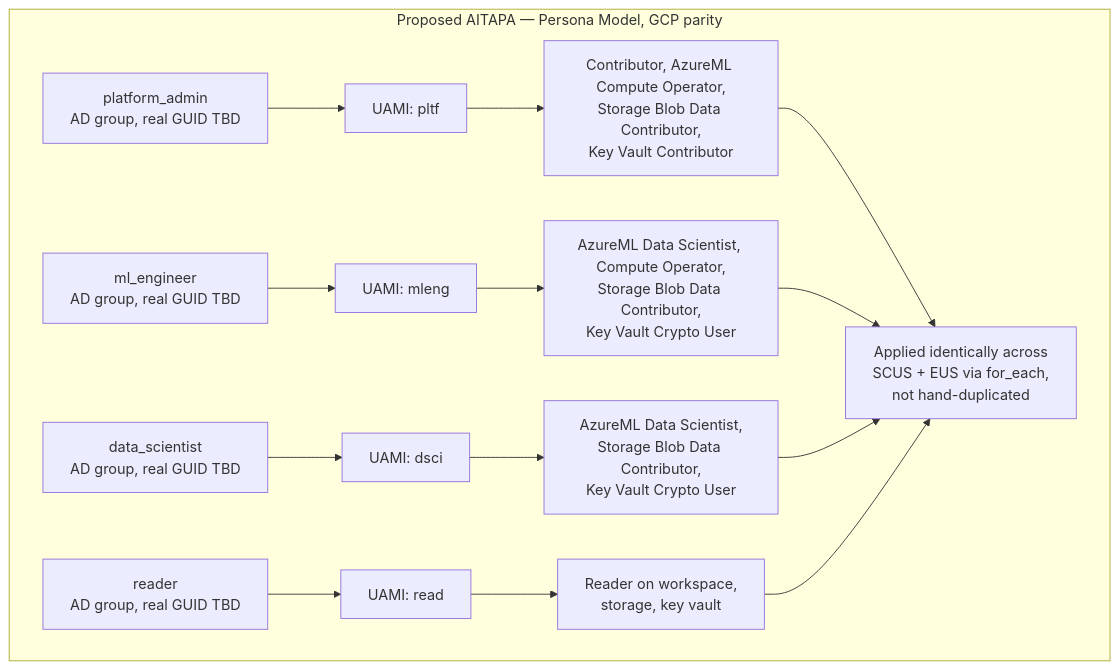
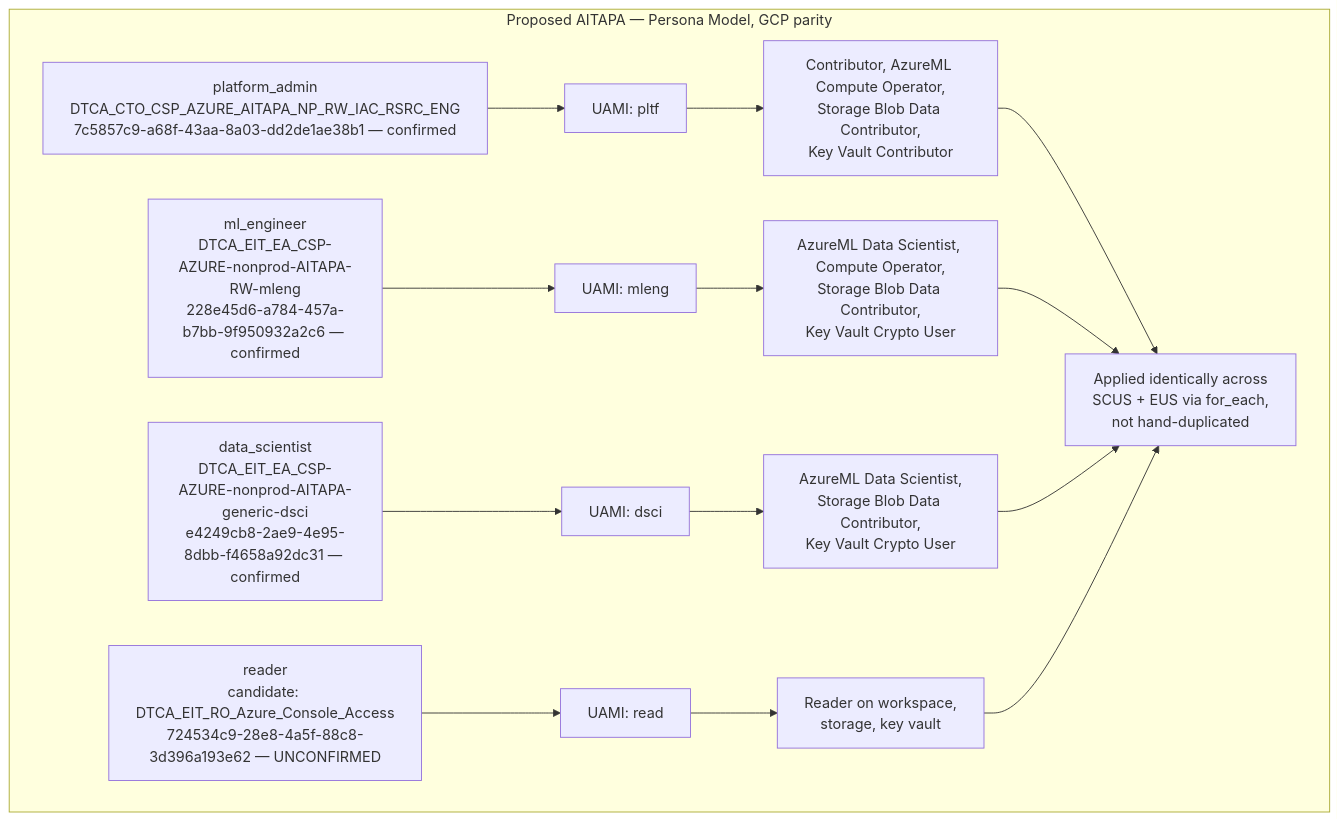
Before and after one commit to varsha613/agent_1: the fourth of 4 diagrams in output/aitapa-terraform-architecture-review-2026-08-07.md, drawn with Mermaid. The commit also changed other lines of this file, not shown here.

Commit message:
Pull confirmed persona GUIDs from AITAPA roles page into architecture review (3 of 4 confirmed, reader still blocking)

````diff
--- a/output/aitapa-terraform-architecture-review-2026-08-07.md
+++ b/output/aitapa-terraform-architecture-review-2026-08-07.md
@@ -169,17 +169,17 @@
 ```mermaid
 flowchart TB
   subgraph Target["Proposed AITAPA — Persona Model, GCP parity"]
-    PA["platform_admin<br>AD group, real GUID TBD"] --> UA["UAMI: pltf"]
-    ME["ml_engineer<br>AD group, real GUID TBD"] --> UM["UAMI: mleng"]
-    DS["data_scientist<br>AD group, real GUID TBD"] --> UD["UAMI: dsci"]
-    RD["reader<br>AD group, real GUID TBD"] --> UR["UAMI: read"]
+    PA["platform_admin<br>DTCA_CTO_CSP_AZURE_AITAPA_NP_RW_IAC_RSRC_ENG<br>7c5857c9-a68f-43aa-8a03-dd2de1ae38b1 — confirmed"] --> UA["UAMI: pltf"]
+    ME["ml_engineer<br>DTCA_EIT_EA_CSP-AZURE-nonprod-AITAPA-RW-mleng<br>228e45d6-a784-457a-b7bb-9f950932a2c6 — confirmed"] --> UM["UAMI: mleng"]
+    DS["data_scientist<br>DTCA_EIT_EA_CSP-AZURE-nonprod-AITAPA-generic-dsci<br>e4249cb8-2ae9-4e95-8dbb-f4658a92dc31 — confirmed"] --> UD["UAMI: dsci"]
+    RD["reader<br>candidate: DTCA_EIT_RO_Azure_Console_Access<br>724534c9-28e8-4a5f-88c8-3d396a193e62 — UNCONFIRMED"] --> UR["UAMI: read"]
     UA --> RA["Contributor, AzureML Compute Operator,<br>Storage Blob Data Contributor,<br>Key Vault Contributor"]
     UM --> RM["AzureML Data Scientist, Compute Operator,<br>Storage Blob Data Contributor,<br>Key Vault Crypto User"]
     UD --> RD2["AzureML Data Scientist,<br>Storage Blob Data Contributor,<br>Key Vault Crypto User"]
     UR --> RR["Reader on workspace,<br>storage, key vault"]
     RA --> APPLY["Applied identically across<br>SCUS + EUS via for_each,<br>not hand-duplicated"]
     RM --> APPLY
     RD2 --> APPLY
     RR --> APPLY
   end
 ```
````
